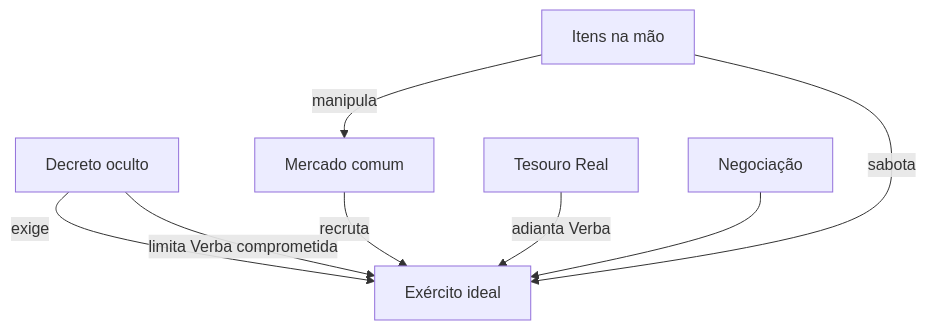
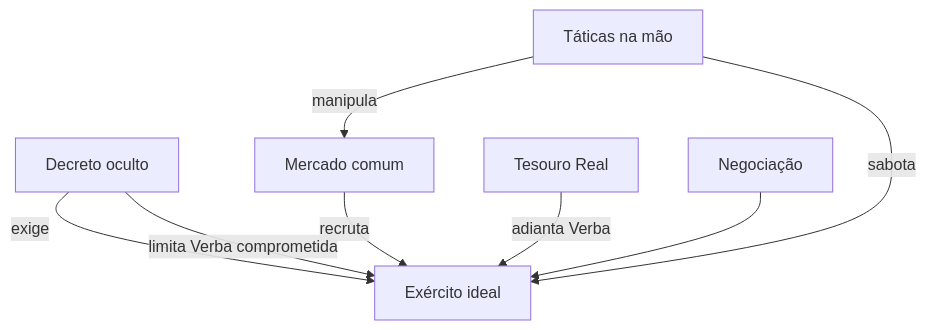
The diagram in docs/content/gdd-v0.2.md (lochesystem/DemonLord), drawn with Mermaid before and after one commit. The commit also changed other lines of this file and 105 other files, not shown here.

````diff
--- a/docs/content/gdd-v0.2.md
+++ b/docs/content/gdd-v0.2.md
@@ -78,10 +78,10 @@
 ```mermaid
 flowchart TB
   D[Decreto oculto] -->|exige| E[Exército ideal]
   M[Mercado comum] -->|recruta| E
   T[Tesouro Real] -->|adianta Verba| E
-  I[Itens na mão] -->|manipula| M
-  I -->|sabota| E
+  C[Táticas na mão] -->|manipula| M
+  C -->|sabota| E
   N[Negociação] --> E
   D -->|limita Verba comprometida| E
 ```
````
